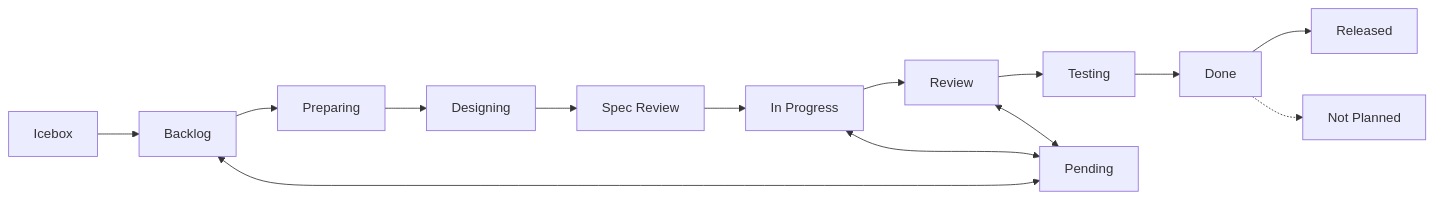
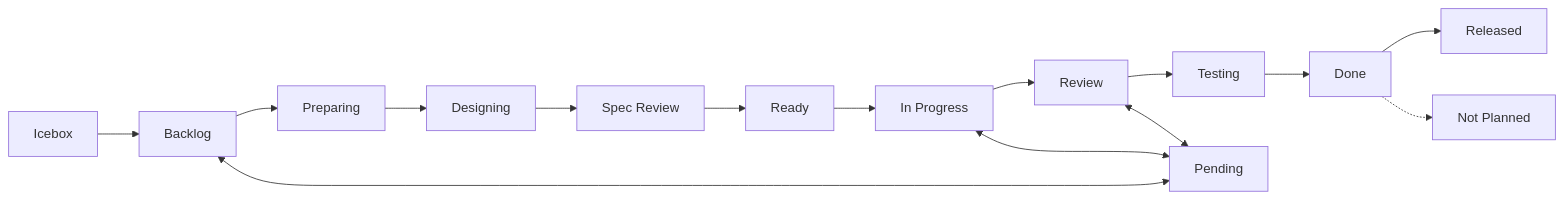
The diagram in shirokuma-skills-en/rules/github/project-items.md (ShirokumaLibrary/shirokuma-plugins), drawn with Mermaid before and after one commit. The commit also changed other lines of this file and 90 other files, not shown here.

````diff
--- a/shirokuma-skills-en/rules/github/project-items.md
+++ b/shirokuma-skills-en/rules/github/project-items.md
@@ -16,9 +16,9 @@
 ```mermaid
 graph LR
   Icebox --> Backlog --> Preparing --> Designing --> SpecReview[Spec Review]
-  SpecReview --> InProgress[In Progress] --> Review --> Testing --> Done --> Released
+  SpecReview --> Ready --> InProgress[In Progress] --> Review --> Testing --> Done --> Released
   InProgress <--> Pending
   Review <--> Pending
   Backlog <--> Pending
   Done -.-> NotPlanned[Not Planned]
 ```
````
